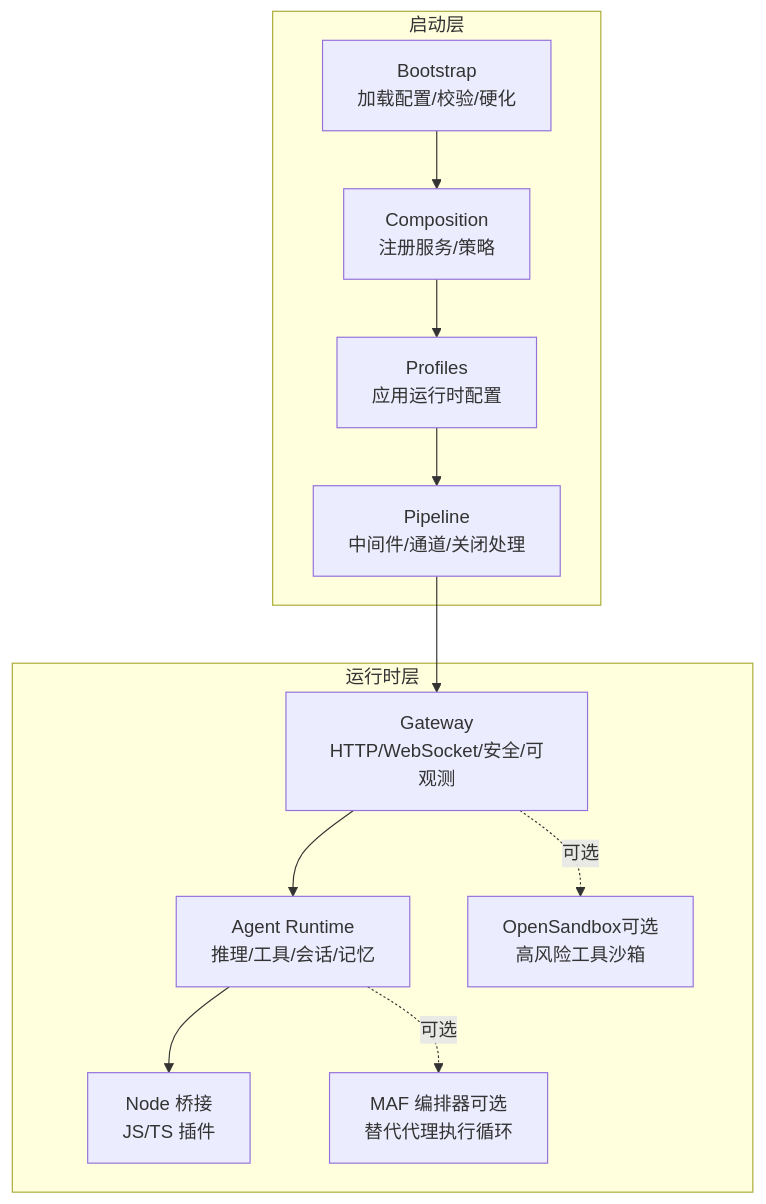
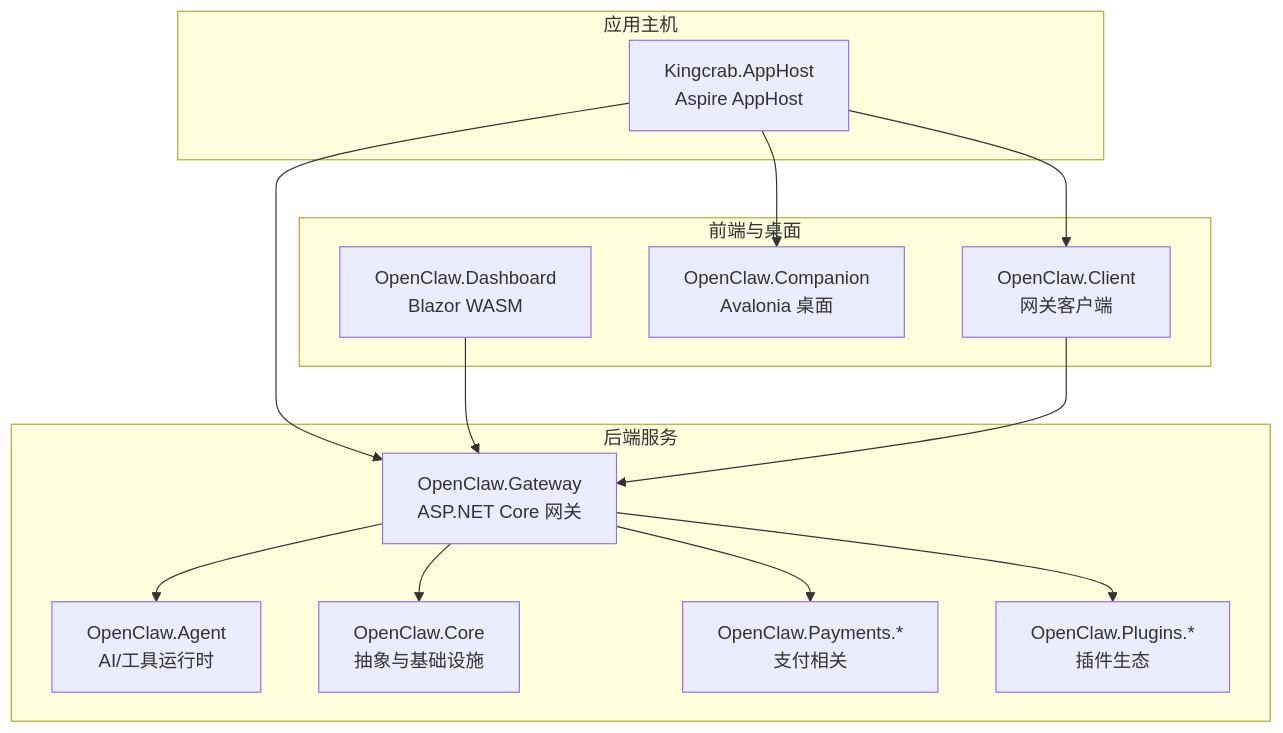
The first of 8 diagrams in .qoder/repowiki/zh/content/项目概述/技术栈概览.md (wayyet/kingcrab), drawn with Mermaid before and after one commit. The commit also changed other lines of this file and 431 other files, not shown here.

````diff
--- a/.qoder/repowiki/zh/content/项目概述/技术栈概览.md
+++ b/.qoder/repowiki/zh/content/项目概述/技术栈概览.md
@@ -137,22 +44,27 @@
 ```mermaid
 graph TB
-subgraph "启动层"
-BS["Bootstrap<br/>加载配置/校验/硬化"]
-CP["Composition<br/>注册服务/策略"]
-PR["Profiles<br/>应用运行时配置"]
-PL["Pipeline<br/>中间件/通道/关闭处理"]
+subgraph "应用主机"
+AppHost["Kingcrab.AppHost<br/>Aspire AppHost"]
 end
-subgraph "运行时层"
-GW["Gateway<br/>HTTP/WebSocket/安全/可观测"]
-AG["Agent Runtime<br/>推理/工具/会话/记忆"]
-BR["Node 桥接<br/>JS/TS 插件"]
-SB["OpenSandbox可选<br/>高风险工具沙箱"]
-MAF["MAF 编排器可选<br/>替代代理执行循环"]
+subgraph "后端服务"
+Gateway["OpenClaw.Gateway<br/>ASP.NET Core 网关"]
+Agent["OpenClaw.Agent<br/>AI/工具运行时"]
+Core["OpenClaw.Core<br/>抽象与基础设施"]
+Payments["OpenClaw.Payments.*<br/>支付相关"]
+Plugins["OpenClaw.Plugins.*<br/>插件生态"]
 end
-BS --> CP --> PR --> PL
-PL --> GW
-GW --> AG
-AG --> BR
-GW -. 可选 .-> SB
-AG -. 可选 .-> MAF
+subgraph "前端与桌面"
+Dashboard["OpenClaw.Dashboard<br/>Blazor WASM"]
+Companion["OpenClaw.Companion<br/>Avalonia 桌面"]
+Client["OpenClaw.Client<br/>网关客户端"]
+end
+AppHost --> Gateway
+AppHost --> Companion
+AppHost --> Client
+Gateway --> Agent
+Gateway --> Core
+Gateway --> Payments
+Gateway --> Plugins
+Dashboard --> Gateway
+Client --> Gateway
 ```
````
